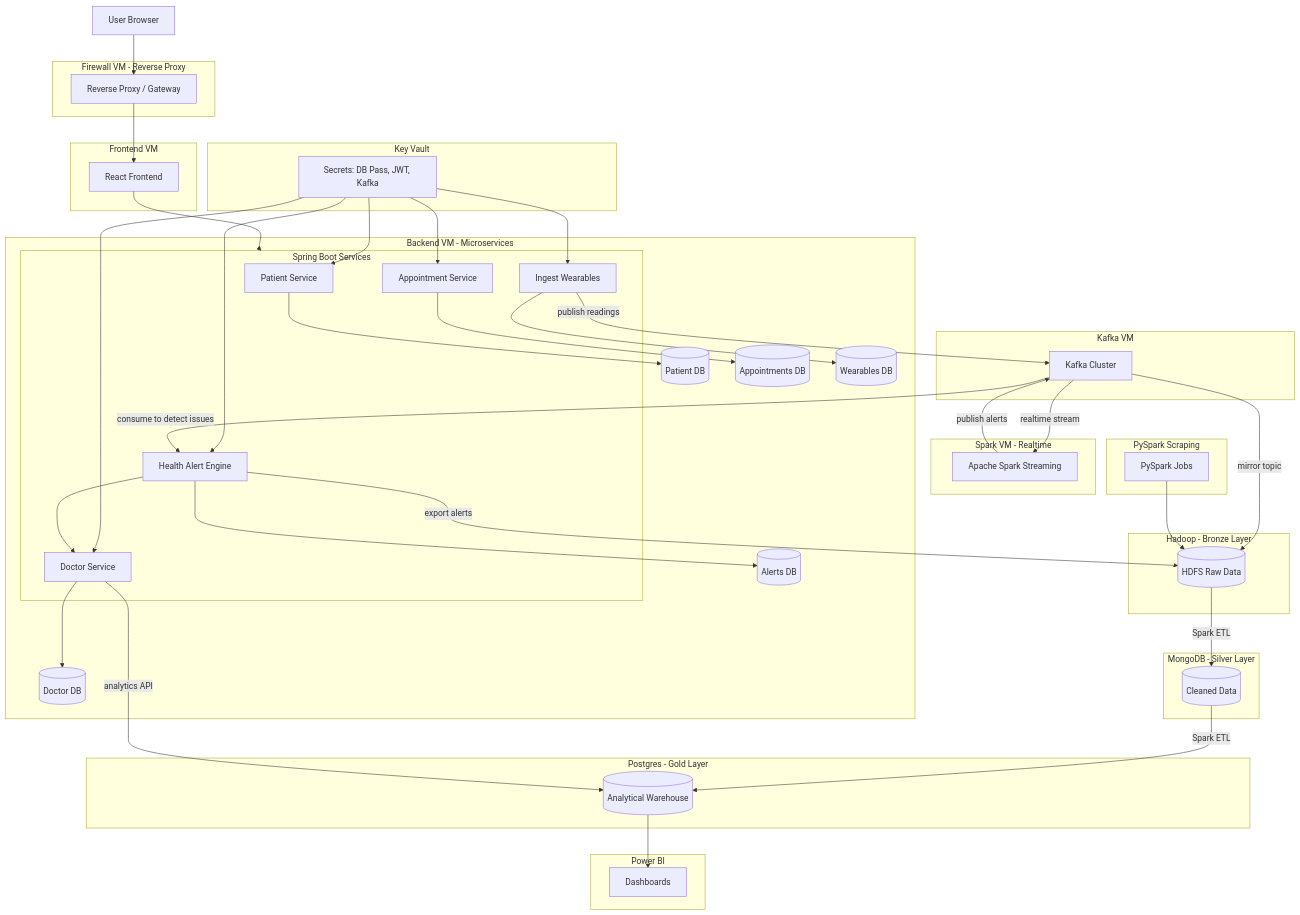
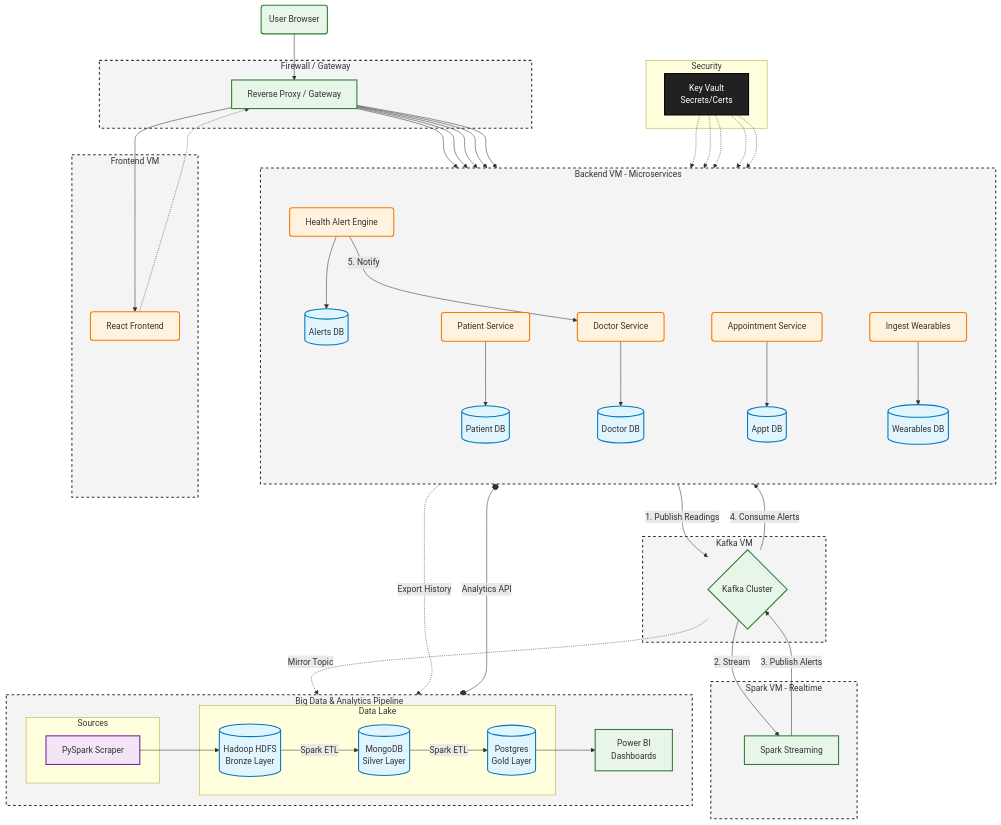
One commit to ayoubMah/episante-platform changed the first of 2 diagrams in README.md. Above: the diagram before and after it, drawn with Mermaid.

Commit message:
update readme with mermaid

````diff
--- a/README.md
+++ b/README.md
@@ -10,104 +10,125 @@
 ```mermaid
 flowchart TB
+    %% --- STYLING ---
+    classDef vm fill:#f4f4f4,stroke:#333,stroke-width:2px,stroke-dasharray: 5 5;
+    classDef microservice fill:#fff3e0,stroke:#f57c00,stroke-width:2px,rx:5,ry:5;
+    classDef db fill:#e1f5fe,stroke:#0277bd,stroke-width:2px,shape:cylinder;
+    classDef component fill:#e8f5e9,stroke:#2e7d32,stroke-width:2px;
+    classDef vault fill:#212121,stroke:#000,stroke-width:2px,color:#fff;
+    classDef bigdata fill:#f3e5f5,stroke:#7b1fa2,stroke-width:2px;
 
-%% USER + FIREWALL
-subgraph FIREWALL["Firewall VM - Reverse Proxy"]
-    RP[Reverse Proxy / Gateway]
-end
-UB[User Browser] --> RP
+    %% --- TOP LEVEL: USER & GATEWAY ---
+    subgraph S_FW [Firewall / Gateway]
+        RP[Reverse Proxy / Gateway]:::component
+    end
 
-%% FRONTEND
-subgraph FRONT["Frontend VM"]
-    FE[React Frontend]
-end
-RP --> FE
+    User(User Browser):::component --> RP
 
-%% BACKEND
-subgraph BACKEND["Backend VM - Microservices"]
-    subgraph MS["Spring Boot Services"]
-        PATIENT[Patient Service]
-        DOCTOR[Doctor Service]
-        APPT[Appointment Service]
-        INGEST[Ingest Wearables]
-        ALERT[Health Alert Engine]
+    %% --- FRONTEND ---
+    subgraph S_FRONT [Frontend VM]
+        FE[React Frontend]:::microservice
     end
-    PATIENT_DB[(Patient DB)]
-    DOCTOR_DB[(Doctor DB)]
-    APPT_DB[(Appointments DB)]
-    INGEST_DB[(Wearables DB)]
-    ALERT_DB[(Alerts DB)]
-end
-FE --> MS
-PATIENT --> PATIENT_DB
-DOCTOR --> DOCTOR_DB
-APPT --> APPT_DB
-INGEST --> INGEST_DB
-ALERT --> ALERT_DB
+    RP --> FE
 
-%% KEY VAULT
-subgraph VAULT["Key Vault"]
-    KV[Secrets: DB Pass, JWT, Kafka]
-end
-KV --> PATIENT
-KV --> DOCTOR
-KV --> APPT
-KV --> INGEST
-KV --> ALERT
+    %% --- BACKEND ---
+    subgraph S_BACK [Backend VM - Microservices]
+        direction TB
 
-%% KAFKA
-subgraph KAFKA_VM["Kafka VM"]
-    KAFKA[Kafka Cluster]
-end
-INGEST -->|publish readings| KAFKA
-KAFKA -->|consume to detect issues| ALERT
-ALERT --> DOCTOR
+        %% Grouping Services with their DBs logically
+        subgraph G_PAT [ ]
+            style G_PAT fill:none,stroke:none
+            PAT[Patient Service]:::microservice --> PAT_DB[(Patient DB)]:::db
+        end
 
-%% SPARK (Realtime)
-subgraph SPARK_RT["Spark VM - Realtime"]
-    SPARK[Apache Spark Streaming]
-end
-KAFKA -->|realtime stream| SPARK
-SPARK -->|publish alerts| KAFKA
+        subgraph G_DOC [ ]
+            style G_DOC fill:none,stroke:none
+            DOC[Doctor Service]:::microservice --> DOC_DB[(Doctor DB)]:::db
+        end
 
-%% BIG DATA (Anir)
-subgraph SCRAPING["PySpark Scraping"]
-    SCRAPER[PySpark Jobs]
-end
+        subgraph G_APPT [ ]
+            style G_APPT fill:none,stroke:none
+            APPT[Appointment Service]:::microservice --> APPT_DB[(Appt DB)]:::db
+        end
 
-subgraph HDFS_BRONZE["Hadoop - Bronze Layer"]
-    HDFS[(HDFS Raw Data)]
-end
+        subgraph G_ING [ ]
+            style G_ING fill:none,stroke:none
+            INGEST[Ingest Wearables]:::microservice --> INGEST_DB[(Wearables DB)]:::db
+        end
 
-subgraph SILVER["MongoDB - Silver Layer"]
-    SILVER_DB[(Cleaned Data)]
-end
+        subgraph G_ALERT [ ]
+            style G_ALERT fill:none,stroke:none
+            ALERT[Health Alert Engine]:::microservice --> ALERT_DB[(Alerts DB)]:::db
+        end
+    end
 
-subgraph GOLD["Postgres - Gold Layer"]
-    GOLD_DB[(Analytical Warehouse)]
-end
+    %% Routing Flow
+    RP --> PAT
+    RP --> DOC
+    RP --> APPT
+    RP --> INGEST
+    RP --> ALERT
 
-subgraph BI["Power BI"]
-    PBI[Dashboards]
-end
+    %% Frontend logical communication
+    FE -.-> RP
 
-%% Links: Microservices <-> Big Data
+    %% --- KEY VAULT (Kept clean with dotted lines) ---
+    subgraph S_SEC [Security]
+        KV[Key Vault<br/>Secrets/Certs]:::vault
+    end
+    KV -.-> PAT
+    KV -.-> DOC
+    KV -.-> APPT
+    KV -.-> INGEST
+    KV -.-> ALERT
 
-%% Real-time medical readings exported to Big Data
-KAFKA -->|mirror topic| HDFS
+    %% --- REALTIME STREAMING ---
+    subgraph S_KAFKA [Kafka VM]
+        KAFKA{Kafka Cluster}:::component
+    end
 
-%% Alerts stored for ML training
-ALERT -->|export alerts| HDFS
+    subgraph S_SPARK_RT [Spark VM - Realtime]
+        SPARK_RT[Spark Streaming]:::component
+    end
 
-%% Scraper (web/API) -> Demo data -> Bronze
-SCRAPER --> HDFS
+    %% Streaming Loops
+    INGEST -->|1. Publish Readings| KAFKA
+    KAFKA -->|2. Stream| SPARK_RT
+    SPARK_RT -->|3. Publish Alerts| KAFKA
+    KAFKA -->|4. Consume Alerts| ALERT
+    ALERT -->|5. Notify| DOC
 
-%% Bronze -> Silver -> Gold
-HDFS -->|Spark ETL| SILVER_DB
-SILVER_DB -->|Spark ETL| GOLD_DB
+    %% --- BIG DATA ANALYTICS PIPELINE ---
+    %% Grouping the whole ETL pipeline
+    subgraph S_ANALYTICS [Big Data & Analytics Pipeline]
+        direction LR
 
-%% BI reading from Gold layer
-GOLD_DB --> PBI
+        subgraph SRC [Sources]
+            SCRAPER[PySpark Scraper]:::bigdata
+        end
 
-%% Backend reading analytics
-DOCTOR -->|analytics API| GOLD_DB
+        subgraph DATA_LAKE [Data Lake]
+            HDFS[(Hadoop HDFS<br/>Bronze Layer)]:::db
+            MONGO[(MongoDB<br/>Silver Layer)]:::db
+            POSTGRES[(Postgres<br/>Gold Layer)]:::db
+        end
+
+        BI[Power BI<br/>Dashboards]:::component
+
+        %% Pipeline Flow
+        SCRAPER --> HDFS
+        HDFS -->|Spark ETL| MONGO
+        MONGO -->|Spark ETL| POSTGRES
+        POSTGRES --> BI
+    end
+
+    %% --- CROSS-SYSTEM CONNECTIONS ---
+    %% Connecting Operational to Analytical
+    KAFKA -.->|Mirror Topic| HDFS
+    ALERT_DB -.->|Export History| HDFS
+
+    %% Analytics Feedback Loop
+    DOC o--o|Analytics API| POSTGRES
+
+    %% Apply Subgraph Styles
+    class S_FW,S_FRONT,S_BACK,S_KAFKA,S_SPARK_RT,S_ANALYTICS vm
 ```
````
